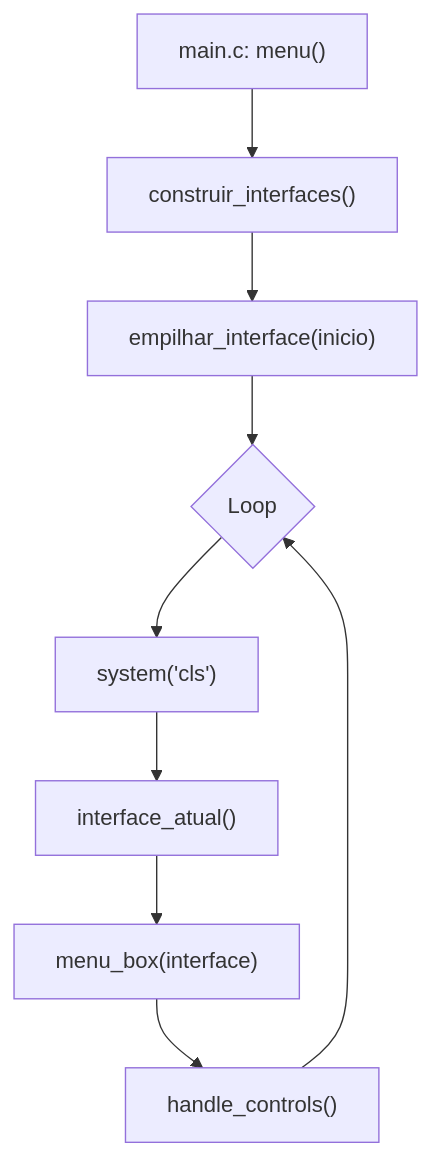
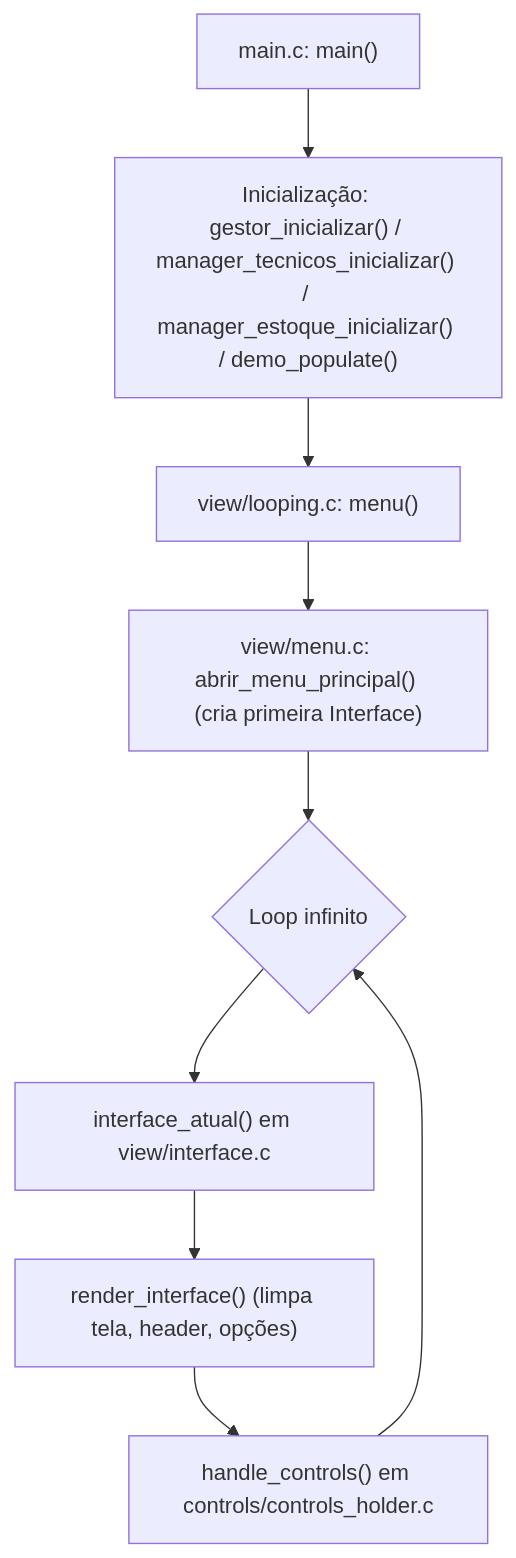
Before and after one commit to eznoamd/HelpDesk: the first of 2 diagrams in README.md, drawn with Mermaid. The commit also changed other lines of this file and 37 other files, not shown here.

````diff
--- a/README.md
+++ b/README.md
@@ -26,11 +27,11 @@
 ```mermaid
 flowchart TD
-    A["main.c: menu()"] --> B["construir_interfaces()"]
-    B --> C["empilhar_interface(inicio)"]
-    C --> D{"Loop"}
-    D --> E["system('cls')"]
-    E --> F["interface_atual()"]
-    F --> G["menu_box(interface)"]
-    G --> H["handle_controls()"]
-    H --> D
+    A["main.c: main()"] --> B["Inicialização: gestor_inicializar() / manager_tecnicos_inicializar() / manager_estoque_inicializar() / demo_populate()"]
+    B --> C["view/looping.c: menu()"]
+    C --> D["view/menu.c: abrir_menu_principal() (cria primeira Interface)"]
+    D --> E{"Loop infinito"}
+    E --> F["interface_atual() em view/interface.c"]
+    F --> G["render_interface() (limpa tela, header, opções)"]
+    G --> H["handle_controls() em controls/controls_holder.c"]
+    H --> E
 ```
````
